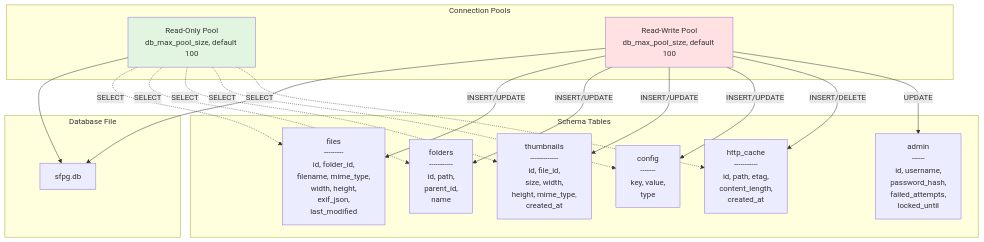
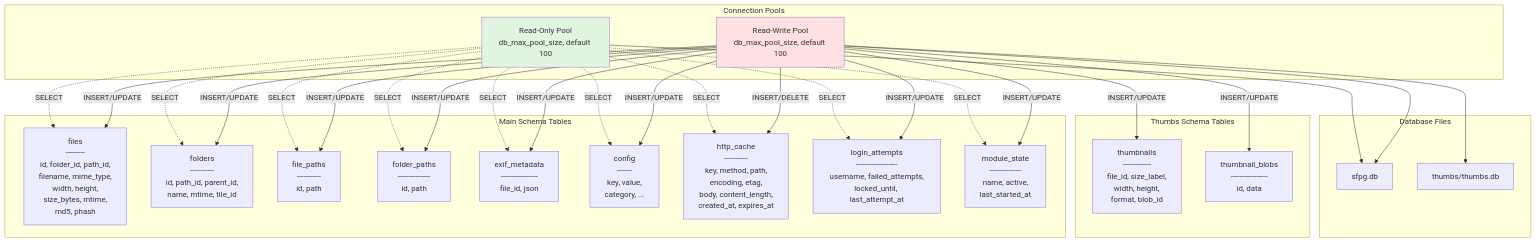
One commit to lbe/sfpg-go changed the seventh of 9 diagrams in docs/diagrams/ARCHITECTURE_DIAGRAMS.md. Above: the diagram before and after it, drawn with Mermaid. The commit also changed other lines of this file and 180 other files, not shown here.

````diff
--- a/docs/diagrams/ARCHITECTURE_DIAGRAMS.md
+++ b/docs/diagrams/ARCHITECTURE_DIAGRAMS.md
@@ -319,39 +321,58 @@
 ```mermaid
 graph TB
     subgraph "Connection Pools"
         RO[Read-Only Pool<br/>db_max_pool_size, default 100]
         RW[Read-Write Pool<br/>db_max_pool_size, default 100]
     end
 
-    subgraph "Database File"
+    subgraph "Database Files"
         SQLiteFile[sfpg.db]
+        ThumbsFile[thumbs/thumbs.db]
     end
 
-    subgraph "Schema Tables"
-        Files[files<br/>---------<br/>id, folder_id,<br/>filename, mime_type,<br/>width, height,<br/>exif_json,<br/>last_modified]
-        Folders[folders<br/>-----------<br/>id, path,<br/>parent_id,<br/>name]
-        Thumbnails[thumbnails<br/>-------------<br/>id, file_id,<br/>size, width,<br/>height, mime_type,<br/>created_at]
-        Config[config<br/>-------<br/>key, value,<br/>type]
-        HTTPCache[http_cache<br/>-----------<br/>id, path, etag,<br/>content_length,<br/>created_at]
-        Admin[admin<br/>------<br/>id, username,<br/>password_hash,<br/>failed_attempts,<br/>locked_until]
+    subgraph "Main Schema Tables"
+        Files[files<br/>---------<br/>id, folder_id, path_id,<br/>filename, mime_type,<br/>width, height,<br/>size_bytes, mtime,<br/>md5, phash]
+        Folders[folders<br/>-----------<br/>id, path_id, parent_id,<br/>name, mtime, tile_id]
+        FilePaths[file_paths<br/>-----------<br/>id, path]
+        FolderPaths[folder_paths<br/>---------------<br/>id, path]
+        Exif[exif_metadata<br/>-----------------<br/>file_id, json]
+        Config[config<br/>-------<br/>key, value,<br/>category, ...]
+        HTTPCache[http_cache<br/>-----------<br/>key, method, path,<br/>encoding, etag,<br/>body, content_length,<br/>created_at, expires_at]
+        LoginAttempts[login_attempts<br/>-------------------<br/>username, failed_attempts,<br/>locked_until, last_attempt_at]
+        ModuleState[module_state<br/>---------------<br/>name, active,<br/>last_started_at]
+    end
+
+    subgraph "Thumbs Schema Tables"
+        Thumbnails[thumbnails<br/>-------------<br/>file_id, size_label,<br/>width, height,<br/>format, blob_id]
+        ThumbnailBlobs[thumbnail_blobs<br/>-----------------<br/>id, data]
     end
 
     RO --> SQLiteFile
     RW --> SQLiteFile
+    RW --> ThumbsFile
 
     RO -.->|SELECT| Files
     RO -.->|SELECT| Folders
-    RO -.->|SELECT| Thumbnails
+    RO -.->|SELECT| FilePaths
+    RO -.->|SELECT| FolderPaths
+    RO -.->|SELECT| Exif
     RO -.->|SELECT| Config
     RO -.->|SELECT| HTTPCache
+    RO -.->|SELECT| LoginAttempts
+    RO -.->|SELECT| ModuleState
 
     RW -->|INSERT/UPDATE| Files
     RW -->|INSERT/UPDATE| Folders
-    RW -->|INSERT/UPDATE| Thumbnails
+    RW -->|INSERT/UPDATE| FilePaths
+    RW -->|INSERT/UPDATE| FolderPaths
+    RW -->|INSERT/UPDATE| Exif
     RW -->|INSERT/UPDATE| Config
     RW -->|INSERT/DELETE| HTTPCache
-    RW -->|UPDATE| Admin
+    RW -->|INSERT/UPDATE| LoginAttempts
+    RW -->|INSERT/UPDATE| ModuleState
+    RW -->|INSERT/UPDATE| Thumbnails
+    RW -->|INSERT/UPDATE| ThumbnailBlobs
 
     style RO fill:#e1f5e1
     style RW fill:#ffe1e1
 ```
````
